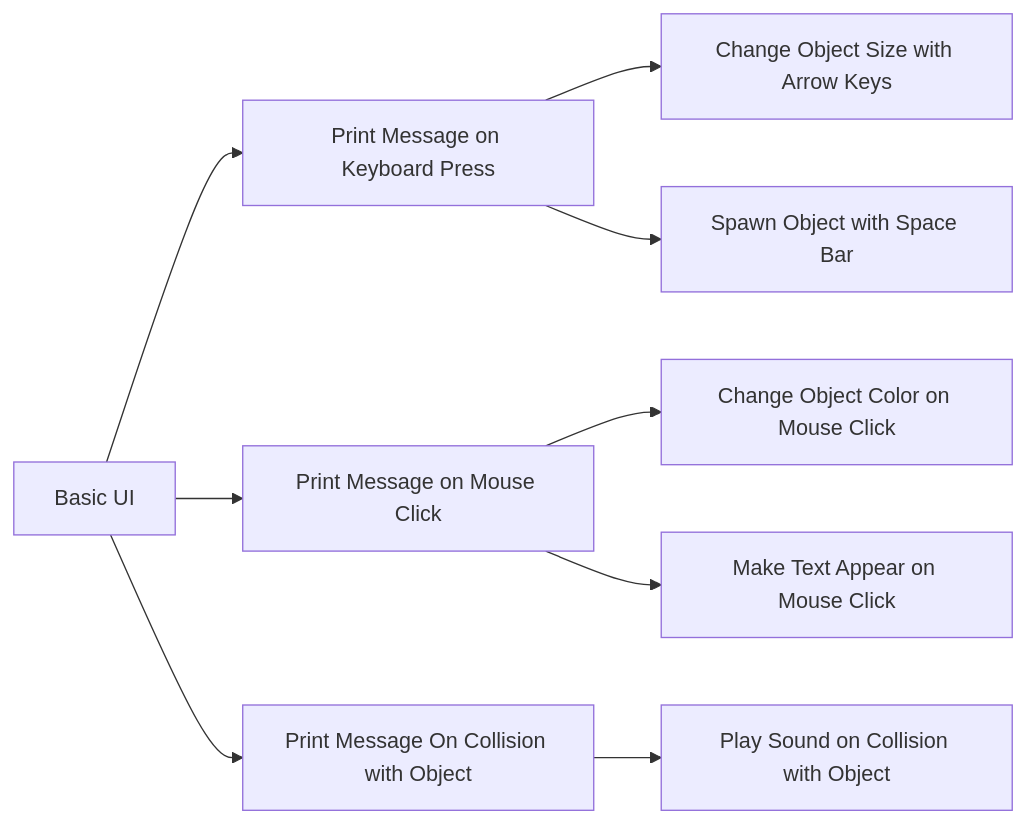
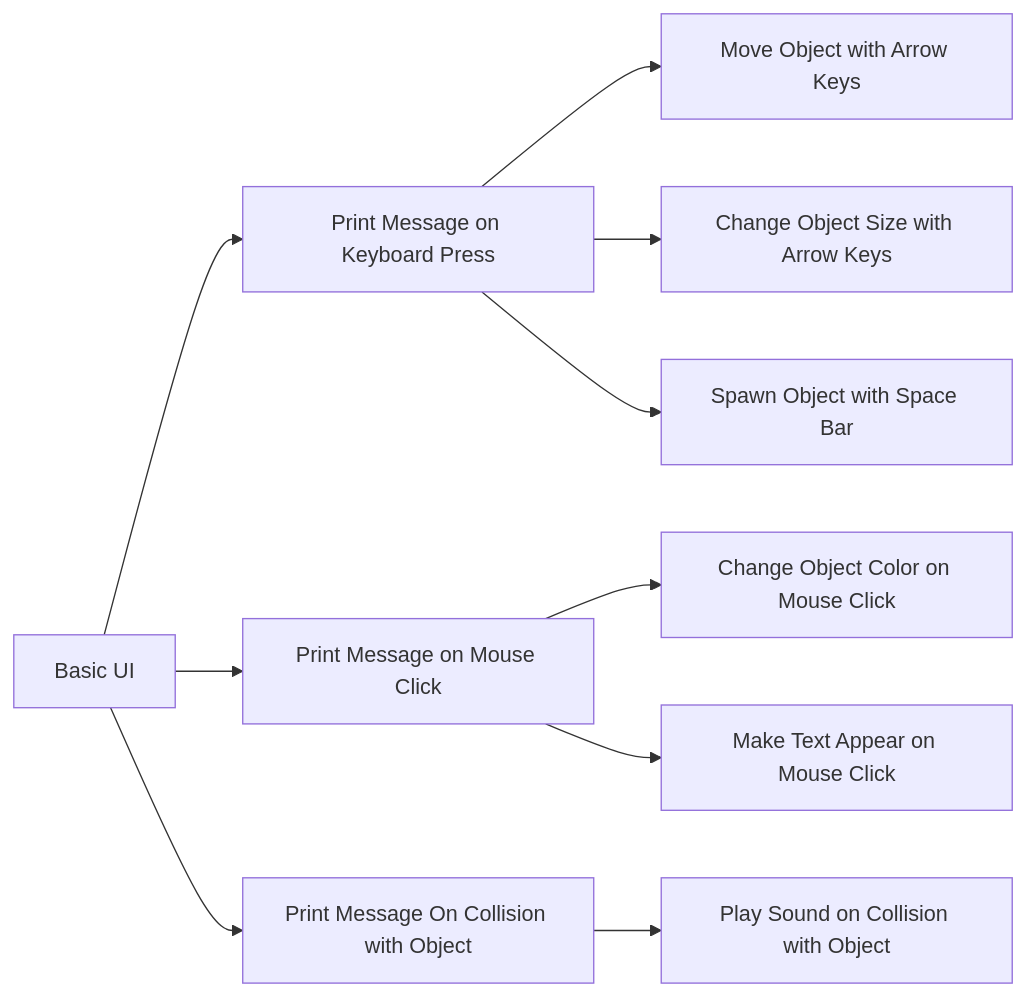
The diagram in data/work/realityLab-unity-scripting-tutorials.md (learninglab-dev/the-resources), drawn with Mermaid before and after one commit. The commit also changed other lines of this file, not shown here.

````diff
--- a/data/work/realityLab-unity-scripting-tutorials.md
+++ b/data/work/realityLab-unity-scripting-tutorials.md
@@ -8,14 +8,14 @@
 ```mermaid
 graph LR
 A[Basic UI] --> B[Print Message on Keyboard Press]
 A --> H[Print Message on Mouse Click]
 A --> C[Print Message On Collision with Object]
-B
+B --> J[Move Object with Arrow Keys]
 B --> D[Change Object Size with Arrow Keys]
 B --> E[Spawn Object with Space Bar]
 H --> F[Change Object Color on Mouse Click]
 H --> I[Make Text Appear on Mouse Click]
 C --> G[Play Sound on Collision with Object]
 
 
 ```
````
